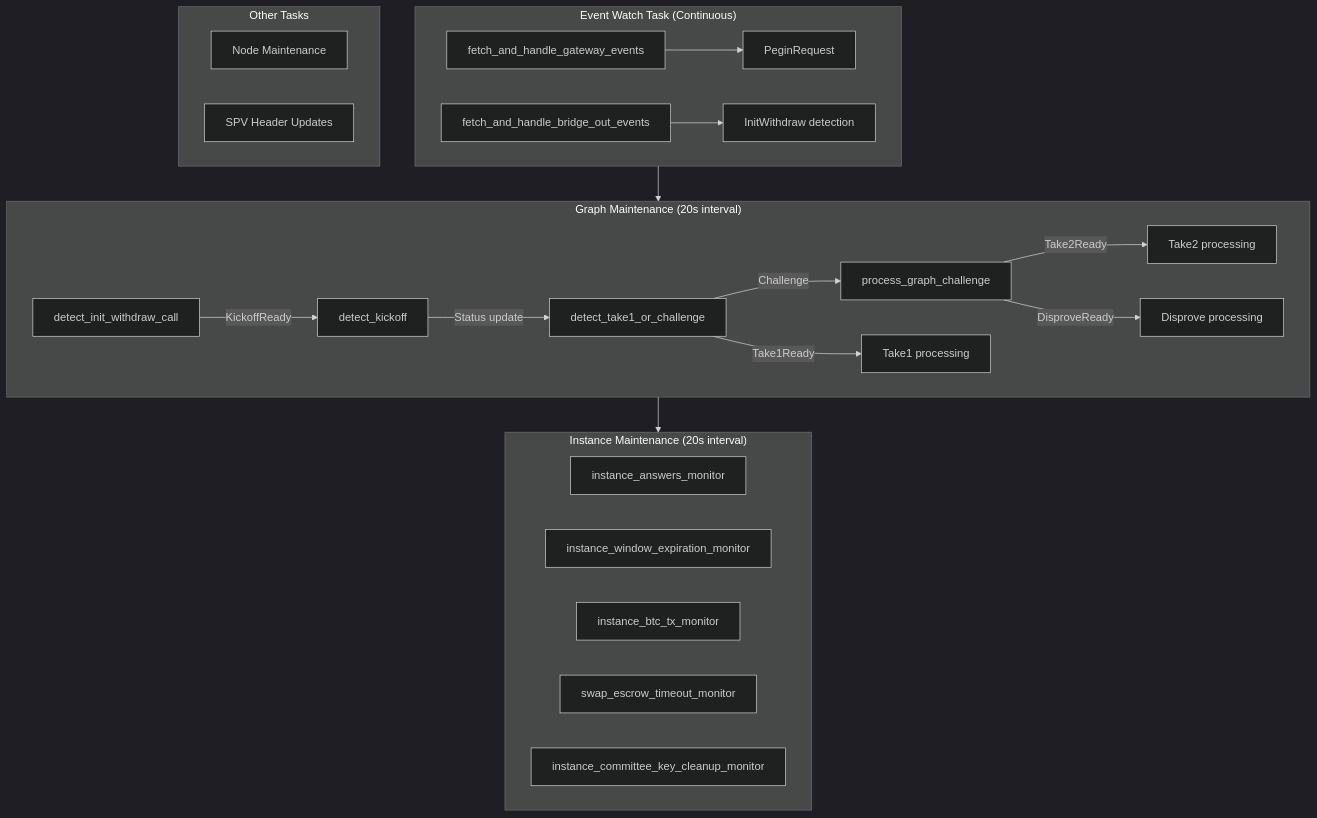
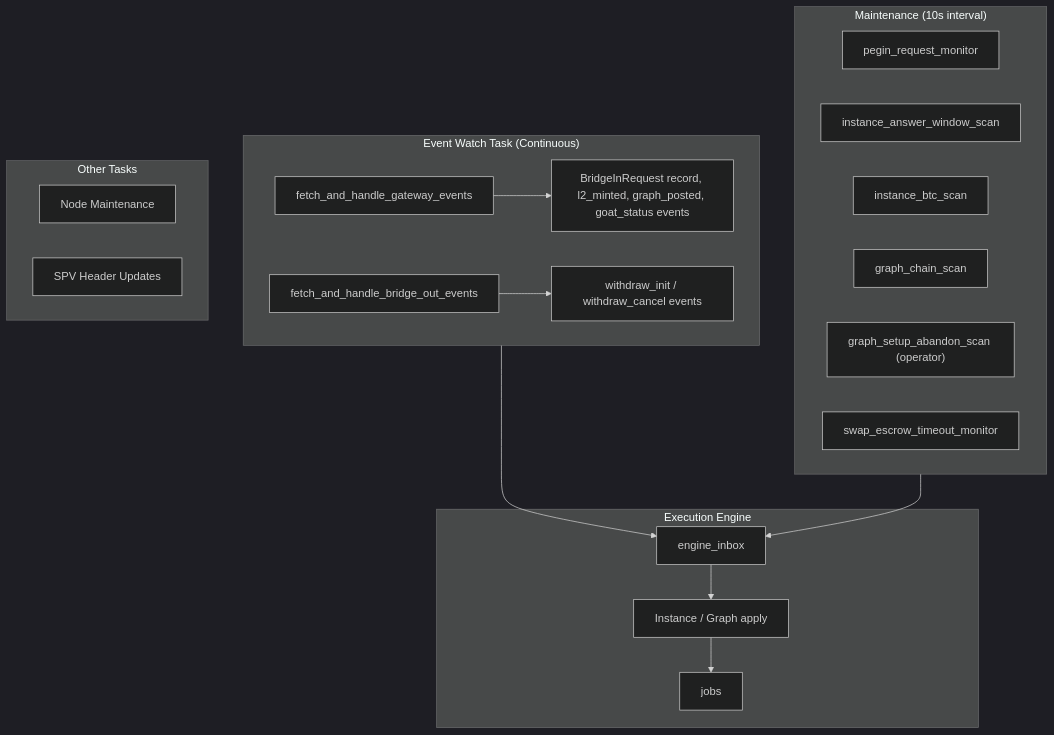
Before and after one commit to GOATNetwork/bitvm-node: diagram 13 of 13 in node/README.md, drawn with Mermaid (dark theme). The commit also changed other lines of this file and 24 other files, not shown here.

````diff
--- a/node/README.md
+++ b/node/README.md
@@ -690,39 +677,33 @@
 ```mermaid
 flowchart TB
     subgraph EventWatch["Event Watch Task (Continuous)"]
         EW1["fetch_and_handle_gateway_events"]
         EW2["fetch_and_handle_bridge_out_events"]
-        EW1 --> MSG1["PeginRequest"]
-        EW2 --> MSG2["InitWithdraw detection"]
+        EW1 --> EV1["BridgeInRequest record, l2_minted, graph_posted, goat_status events"]
+        EW2 --> EV2["withdraw_init / withdraw_cancel events"]
     end
 
-    subgraph GraphMaint["Graph Maintenance (20s interval)"]
-        GM1["detect_init_withdraw_call"]
-        GM2["detect_kickoff"]
-        GM3["detect_take1_or_challenge"]
-        GM4["process_graph_challenge"]
-
-        GM1 -->|"KickoffReady"| GM2
-        GM2 -->|"Status update"| GM3
-        GM3 -->|"Challenge"| GM4
-        GM3 -->|"Take1Ready"| T1["Take1 processing"]
-        GM4 -->|"Take2Ready"| T2["Take2 processing"]
-        GM4 -->|"DisproveReady"| DP["Disprove processing"]
+    subgraph Maint["Maintenance (10s interval)"]
+        M1["pegin_request_monitor"]
+        M2["instance_answer_window_scan"]
+        M3["instance_btc_scan"]
+        M4["graph_chain_scan"]
+        M5["graph_setup_abandon_scan (operator)"]
+        M6["swap_escrow_timeout_monitor"]
     end
 
-    subgraph InstMaint["Instance Maintenance (20s interval)"]
-        IM1["instance_answers_monitor"]
-        IM2["instance_window_expiration_monitor"]
-        IM3["instance_btc_tx_monitor"]
-        IM4["swap_escrow_timeout_monitor"]
-        IM5["instance_committee_key_cleanup_monitor"]
+    subgraph Engine["Execution Engine"]
+        INBOX["engine_inbox"]
+        APPLY["Instance / Graph apply"]
+        JOBS["jobs"]
     end
 
     subgraph Other["Other Tasks"]
         NM["Node Maintenance"]
         SPV["SPV Header Updates"]
     end
 
-    EventWatch --> GraphMaint
-    GraphMaint --> InstMaint
+    EventWatch --> INBOX
+    Maint --> INBOX
+    INBOX --> APPLY --> JOBS
 ```
````
